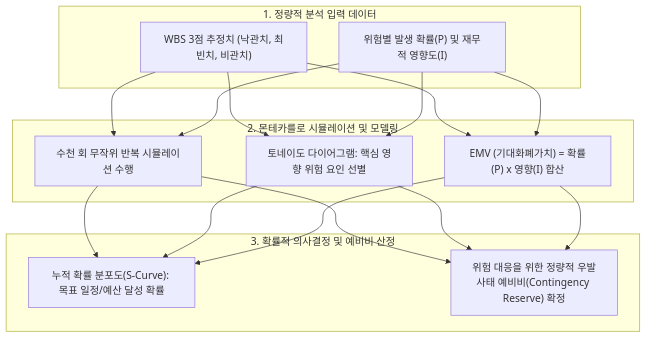
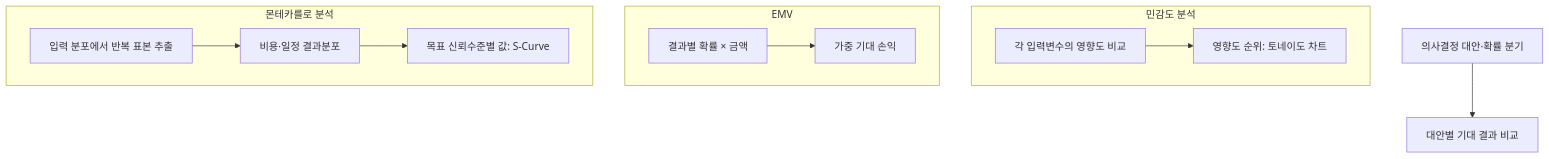
One commit to agnusdei1207/study changed the third of 3 diagrams in src/content/docs/notes/itpe/01-it-strategy/073_quantitative_risk_analysis.md. Above: the diagram before and after it, drawn with Mermaid. The commit also changed other lines of this file and 4 other files, not shown here.

````diff
--- a/src/content/docs/notes/itpe/01-it-strategy/073_quantitative_risk_analysis.md
+++ b/src/content/docs/notes/itpe/01-it-strategy/073_quantitative_risk_analysis.md
@@ -153,18 +113,13 @@
 ```mermaid
 flowchart TD
-    subgraph Inputs["1. 정량적 분석 입력 데이터"]
-        I1["WBS 3점 추정치 (낙관치, 최빈치, 비관치)"]
-        I2["위험별 발생 확률(P) 및 재무적 영향도(I)"]
+    subgraph S["민감도 분석"]
+        S1["각 입력변수의 영향도 비교"] --> S2["영향도 순위: 토네이도 차트"]
     end
-    subgraph Simulation["2. 몬테카를로 시뮬레이션 및 모델링"]
-        M1["수천 회 무작위 반복 시뮬레이션 수행"]
-        M2["토네이도 다이어그램: 핵심 영향 위험 요인 선별"]
-        M3["EMV (기대화폐가치) = 확률(P) x 영향(I) 합산"]
-        I1 & I2 --> M1 & M2 & M3
+    subgraph E["EMV"]
+        E1["결과별 확률 × 금액"] --> E2["가중 기대 손익"]
     end
-    subgraph Outputs["3. 확률적 의사결정 및 예비비 산정"]
-        O1["누적 확률 분포도(S-Curve): 목표 일정/예산 달성 확률"]
-        O2["위험 대응을 위한 정량적 우발사태 예비비(Contingency Reserve) 확정"]
-        M1 & M2 & M3 --> O1 & O2
+    subgraph M["몬테카를로 분석"]
+        M1["입력 분포에서 반복 표본 추출"] --> M2["비용·일정 결과분포"] --> M3["목표 신뢰수준별 값: S-Curve"]
     end
+    D1["의사결정 대안·확률 분기"] --> D2["대안별 기대 결과 비교"]
 ```
````
